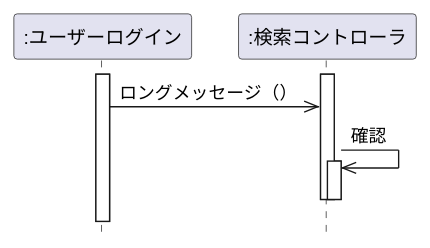
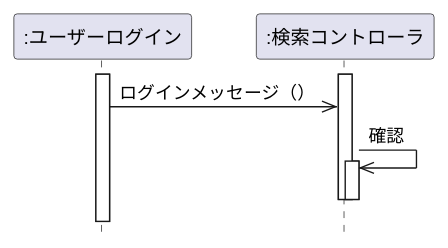
The diagram in 演習4-2_SD_利用者と予約画面.pu (itchita/uml-introduction), drawn with PlantUML before and after one commit.

Commit message:
直し

```diff
--- a/演習4-2_SD_利用者と予約画面.pu
+++ b/演習4-2_SD_利用者と予約画面.pu
@@ -1,13 +1,13 @@
 @startuml
 
  hide footbox
 participant ":ユーザーログイン" as seach
 participant ":検索コントローラ" as control
 activate seach
 activate control
-seach ->> control: ロングメッセージ（）
+seach ->> control: ログインメッセージ（）
 control ->> control :確認
 activate control 
 deactivate control
 deactivate control
 @enduml
```
